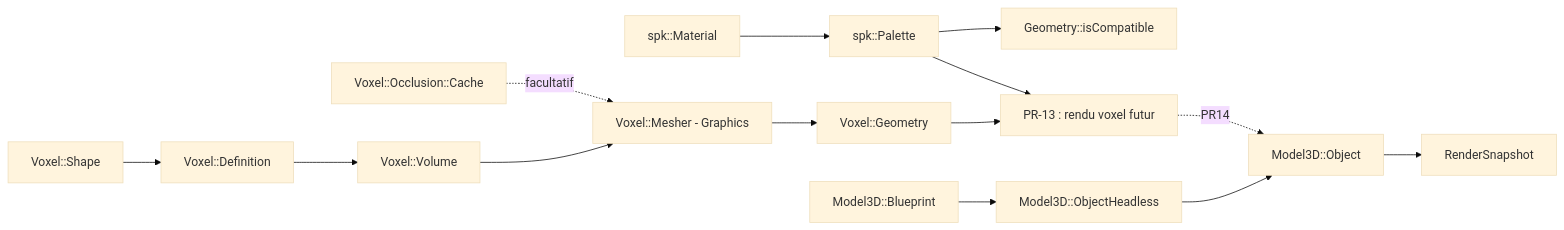
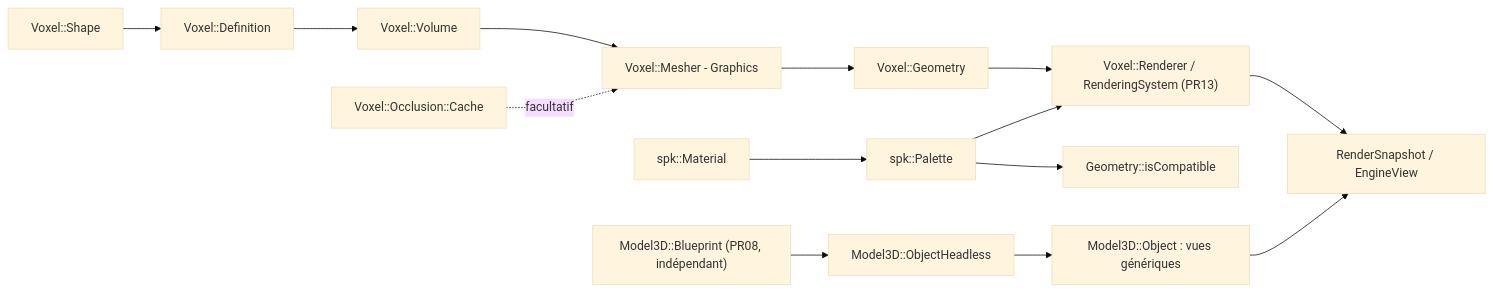
One commit to EreliaStudio/Sparkle changed the diagram in docs/voxel-engine-v0.1.4/01-vue-ensemble.md. Above: the diagram before and after it, drawn with Mermaid (base theme). The commit also changed other lines of this file and 2 other files, not shown here.

Commit message:
docs(v0.1.4): clarify the distinction between ECS voxel rendering and generic Model3D

````diff
--- a/docs/voxel-engine-v0.1.4/01-vue-ensemble.md
+++ b/docs/voxel-engine-v0.1.4/01-vue-ensemble.md
@@ -15,13 +15,13 @@
 ```mermaid
 flowchart LR
   Shape["Voxel::Shape"] --> Definition["Voxel::Definition"] --> Volume["Voxel::Volume"]
   Volume --> Mesher["Voxel::Mesher - Graphics"] --> Geometry["Voxel::Geometry"]
   Cache["Voxel::Occlusion::Cache"] -. facultatif .-> Mesher
   Material["spk::Material"] --> Palette["spk::Palette"]
   Palette --> Validation["Geometry::isCompatible"]
-  Geometry --> VoxelRender["PR-13 : rendu voxel futur"]
-  Palette --> VoxelRender
-  Blueprint["Model3D::Blueprint"] --> Headless["Model3D::ObjectHeadless"]
-  Headless --> Graphics["Model3D::Object<TGraphics>"] --> Snapshot["RenderSnapshot"]
-  VoxelRender -. PR14 .-> Graphics
+  Geometry --> VoxelRender["Voxel::Renderer / RenderingSystem (PR13)"]
+  Palette --> VoxelRender --> Snapshot["RenderSnapshot / EngineView"]
+  Blueprint["Model3D::Blueprint (PR08, indépendant)"] --> Headless["Model3D::ObjectHeadless"]
+  Headless --> Graphics["Model3D::Object<TGraphics> : vues génériques"]
+  Graphics --> Snapshot
 ```
````
